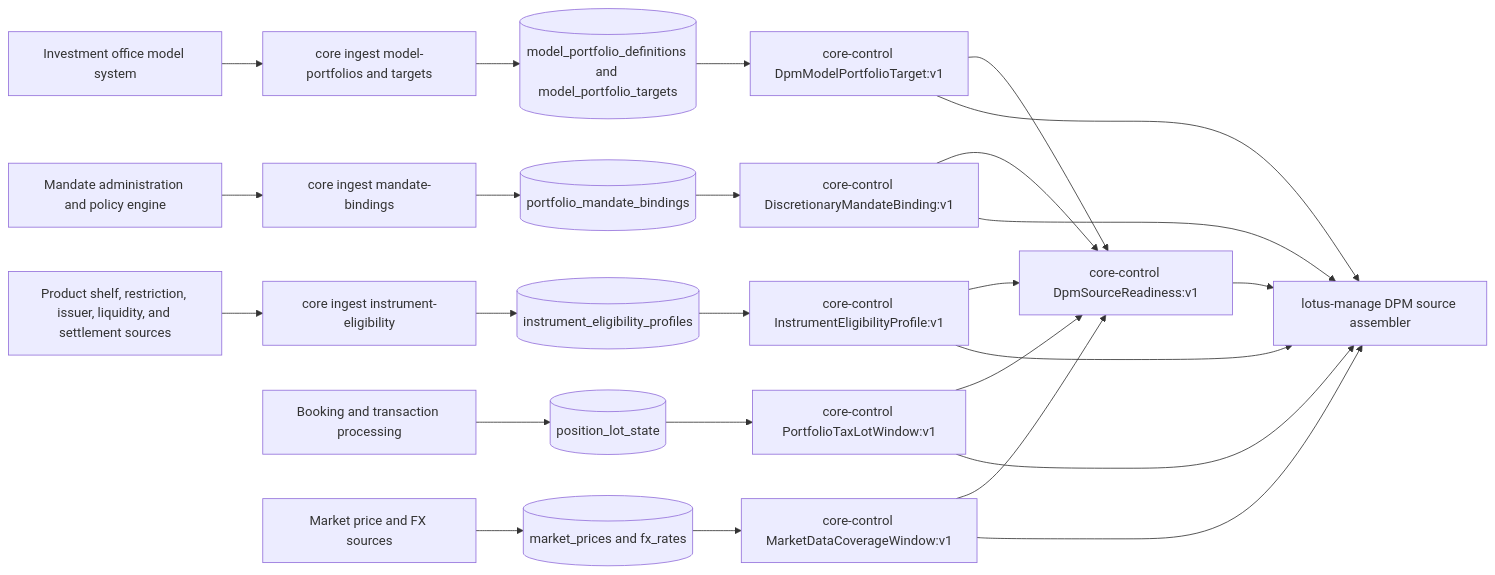
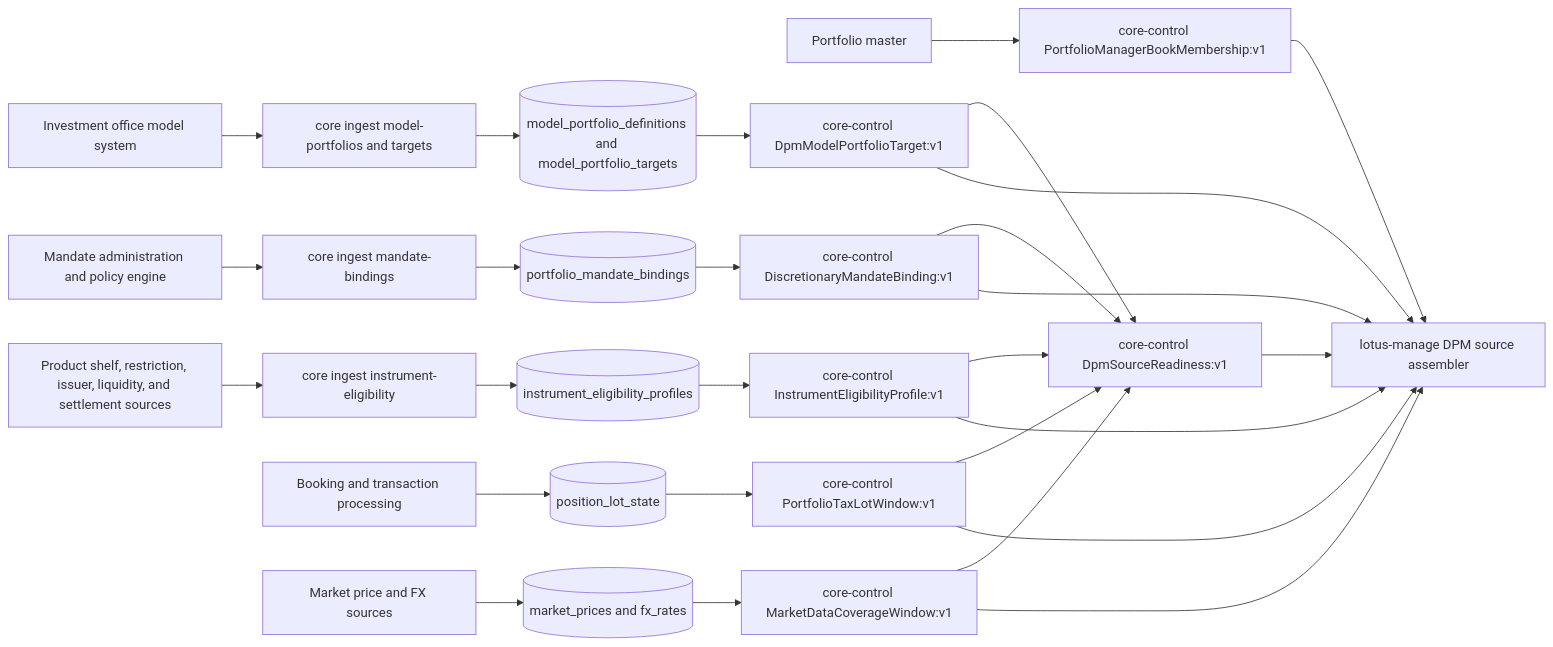
The first of 2 diagrams in wiki/Mesh-Data-Products.md (sgajbi/lotus-core), drawn with Mermaid before and after one commit. The commit also changed other lines of this file and 18 other files, not shown here.

Commit message:
Add PM book membership source product

````diff
--- a/wiki/Mesh-Data-Products.md
+++ b/wiki/Mesh-Data-Products.md
@@ -36,27 +38,29 @@
 ```mermaid
 flowchart LR
     Upstream[Investment office model system] --> Ingest[core ingest model-portfolios and targets]
     Mandate[Mandate administration and policy engine] --> BindIngest[core ingest mandate-bindings]
     Eligibility[Product shelf, restriction, issuer, liquidity, and settlement sources] --> EligibilityIngest[core ingest instrument-eligibility]
     Booking[Booking and transaction processing] --> LotState[(position_lot_state)]
     Market[Market price and FX sources] --> MarketStore[(market_prices and fx_rates)]
+    PortfolioMaster[Portfolio master] --> BookAPI[core-control PortfolioManagerBookMembership:v1]
     Ingest --> Store[(model_portfolio_definitions and model_portfolio_targets)]
     BindIngest --> BindingStore[(portfolio_mandate_bindings)]
     EligibilityIngest --> EligibilityStore[(instrument_eligibility_profiles)]
     Store --> API[core-control DpmModelPortfolioTarget:v1]
     BindingStore --> BindingAPI[core-control DiscretionaryMandateBinding:v1]
     EligibilityStore --> EligibilityAPI[core-control InstrumentEligibilityProfile:v1]
     LotState --> TaxLotAPI[core-control PortfolioTaxLotWindow:v1]
     MarketStore --> MarketAPI[core-control MarketDataCoverageWindow:v1]
+    BookAPI --> Manage
     API --> Readiness[core-control DpmSourceReadiness:v1]
     BindingAPI --> Readiness
     EligibilityAPI --> Readiness
     TaxLotAPI --> Readiness
     MarketAPI --> Readiness
     API --> Manage[lotus-manage DPM source assembler]
     BindingAPI --> Manage
     EligibilityAPI --> Manage
     TaxLotAPI --> Manage
     MarketAPI --> Manage
     Readiness --> Manage
 ```
````
